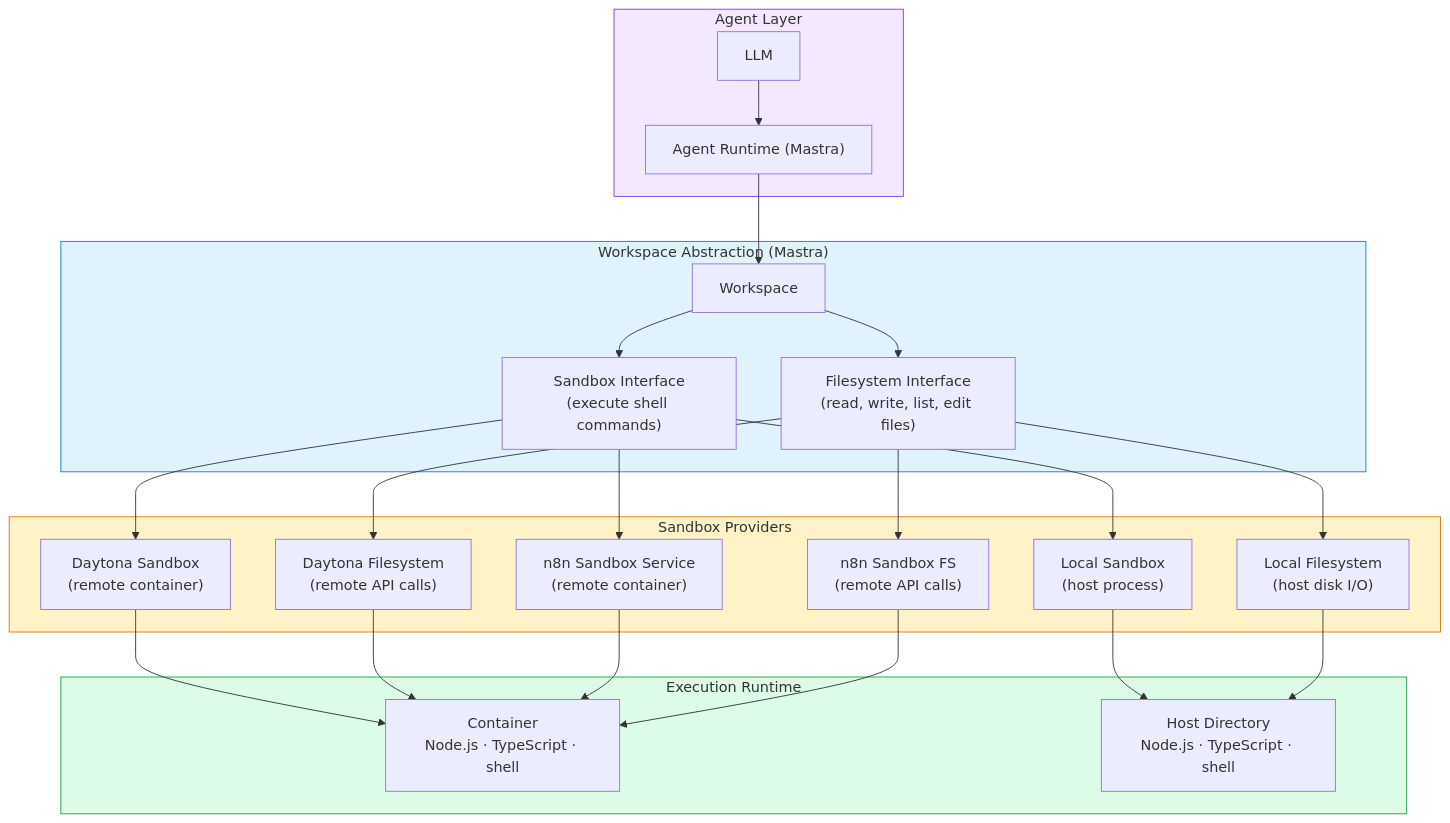
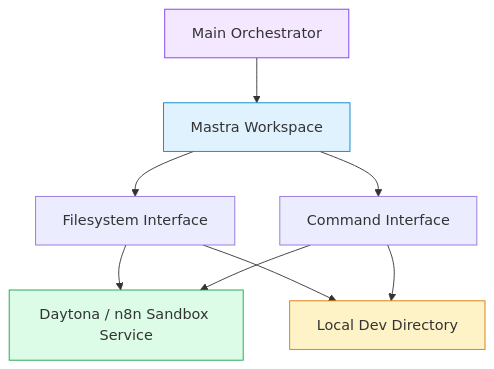
The diagram in packages/@n8n/instance-ai/docs/sandboxing.md (mayankjain1815-commits/n8n), drawn with Mermaid before and after one commit. The commit also changed other lines of this file and 151 other files, not shown here.

````diff
--- a/packages/@n8n/instance-ai/docs/sandboxing.md
+++ b/packages/@n8n/instance-ai/docs/sandboxing.md
@@ -11,35 +16,15 @@
 ```mermaid
 graph TB
-    subgraph Agent ["Agent Layer"]
-        LLM[LLM] --> AgentRuntime["Agent Runtime (Mastra)"]
-    end
-
-    subgraph WorkspaceLayer ["Workspace Abstraction (Mastra)"]
-        AgentRuntime --> Workspace["Workspace"]
-        Workspace --> FS["Filesystem Interface<br/>(read, write, list, edit files)"]
-        Workspace --> Sandbox["Sandbox Interface<br/>(execute shell commands)"]
-    end
-
-    subgraph Providers ["Sandbox Providers"]
-        FS --> DaytonaFS["Daytona Filesystem<br/>(remote API calls)"]
-        FS --> LocalFS["Local Filesystem<br/>(host disk I/O)"]
-        FS --> N8nFS["n8n Sandbox FS<br/>(remote API calls)"]
-        Sandbox --> DaytonaSB["Daytona Sandbox<br/>(remote container)"]
-        Sandbox --> N8nSB["n8n Sandbox Service<br/>(remote container)"]
-        Sandbox --> LocalSB["Local Sandbox<br/>(host process)"]
-    end
-
-    subgraph Runtime ["Execution Runtime"]
-        DaytonaSB --> Container["Container<br/>Node.js · TypeScript · shell"]
-        DaytonaFS --> Container
-        N8nSB --> Container
-        N8nFS --> Container
-        LocalSB --> HostDir["Host Directory<br/>Node.js · TypeScript · shell"]
-        LocalFS --> HostDir
-    end
+    Agent["Main Orchestrator"] --> Workspace["Mastra Workspace"]
+    Workspace --> FS["Filesystem Interface"]
+    Workspace --> Shell["Command Interface"]
+    FS --> Daytona["Daytona / n8n Sandbox Service"]
+    Shell --> Daytona
+    FS --> Local["Local Dev Directory"]
+    Shell --> Local
 
     style Agent fill:#f3e8ff,stroke:#7c3aed
-    style WorkspaceLayer fill:#e0f2fe,stroke:#0284c7
-    style Providers fill:#fef3c7,stroke:#d97706
-    style Runtime fill:#dcfce7,stroke:#16a34a
+    style Workspace fill:#e0f2fe,stroke:#0284c7
+    style Daytona fill:#dcfce7,stroke:#16a34a
+    style Local fill:#fef3c7,stroke:#d97706
 ```
````
